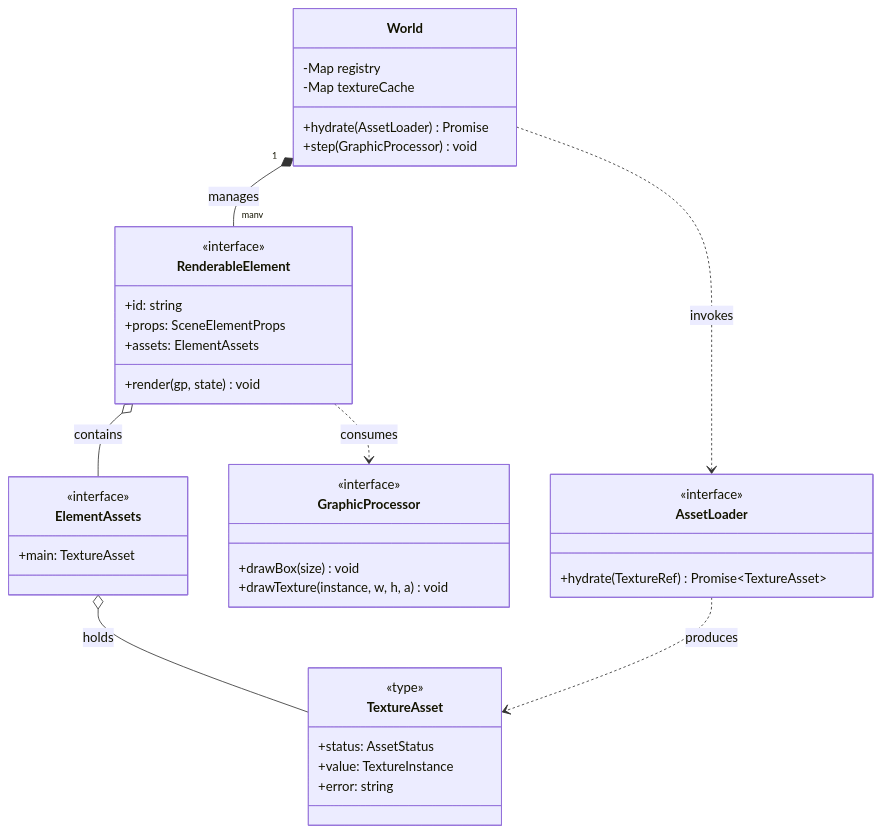
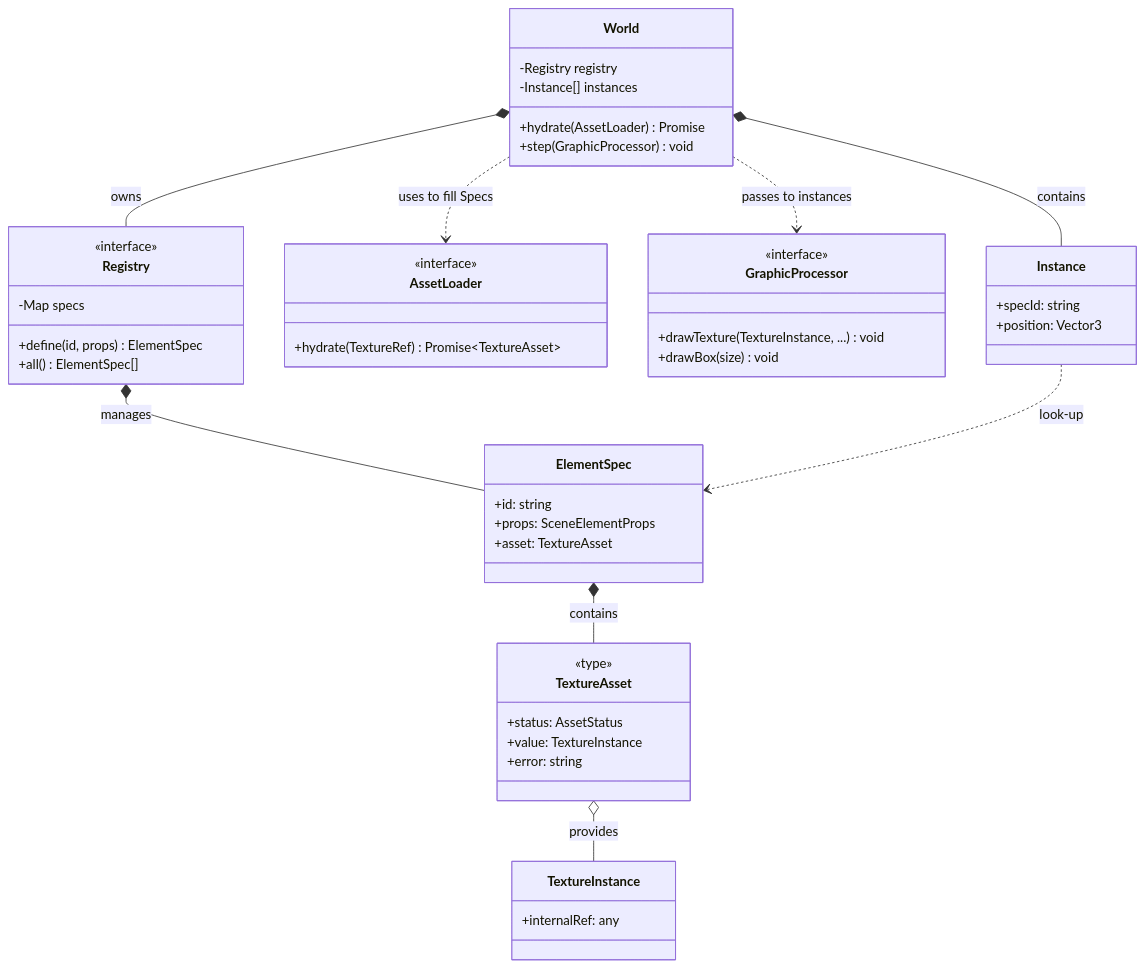
One commit to thiagomata/parallax changed the second of 2 diagrams in README.md. Above: the diagram before and after it, drawn with Mermaid. The commit also changed other lines of this file and 1 other file, not shown here.

Commit message:
update tests to the world testing

````diff
--- a/README.md
+++ b/README.md
@@ -9,48 +48,60 @@
 ```mermaid
 classDiagram
     class World {
-        -Map registry
-        -Map textureCache
+        -Registry registry
+        -Instance[] instances
         +hydrate(AssetLoader) Promise
         +step(GraphicProcessor) void
     }
 
-    class RenderableElement {
+    class Registry {
         <<interface>>
+        -Map specs
+        +define(id, props) ElementSpec
+        +all() ElementSpec[]
+    }
+
+    class ElementSpec {
         +id: string
         +props: SceneElementProps
-        +assets: ElementAssets
-        +render(gp, state) void
+        +asset: TextureAsset
     }
 
-    class ElementAssets {
+    class AssetLoader {
         <<interface>>
-        +main: TextureAsset
+        +hydrate(TextureRef) Promise~TextureAsset~
     }
 
     class TextureAsset {
         <<type>>
         +status: AssetStatus
         +value: TextureInstance
         +error: string
     }
 
-    class AssetLoader {
-        <<interface>>
-        +hydrate(TextureRef) Promise~TextureAsset~
+    class TextureInstance {
+        +internalRef: any
     }
 
     class GraphicProcessor {
         <<interface>>
+        +drawTexture(TextureInstance, ...) void
         +drawBox(size) void
-        +drawTexture(instance, w, h, a) void
     }
 
-    %% Relationships
-    World "1" *-- "many" RenderableElement : manages
-    RenderableElement o-- ElementAssets : contains
-    ElementAssets o-- TextureAsset : holds
-    AssetLoader ..> TextureAsset : produces
-    World ..> AssetLoader : invokes
-    RenderableElement ..> GraphicProcessor : consumes
+    %% Relationships & Flow
+    World *-- Registry : owns
+    Registry *-- ElementSpec : manages
+    ElementSpec *-- TextureAsset : contains
+    TextureAsset o-- TextureInstance : provides
+    
+    World ..> AssetLoader : uses to fill Specs
+    World ..> GraphicProcessor : passes to instances
+    
+    class Instance {
+        +specId: string
+        +position: Vector3
+    }
+    World *-- Instance : contains
+    Instance ..> ElementSpec : look-up
 ```
````
